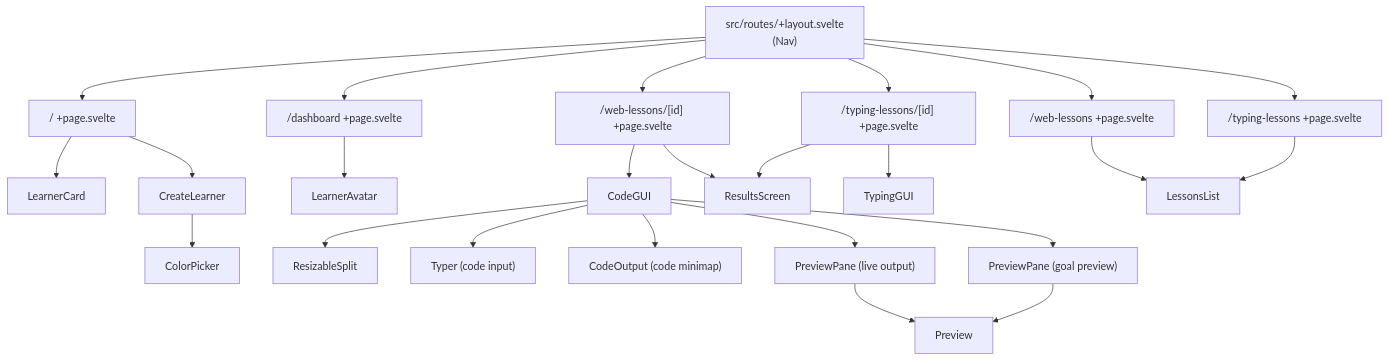
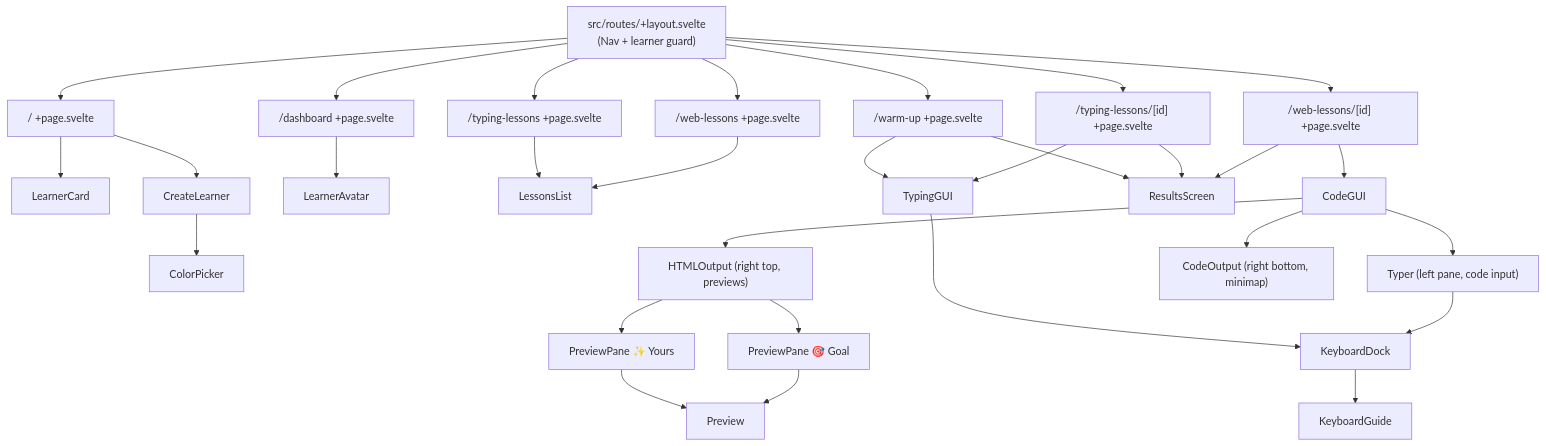
The diagram in docs/architecture/component-structure.md (jermbo/CosmicTyper), drawn with Mermaid before and after one commit. The commit also changed other lines of this file and 67 other files, not shown here.

````diff
--- a/docs/architecture/component-structure.md
+++ b/docs/architecture/component-structure.md
@@ -19,34 +19,40 @@
 ```mermaid
 graph TD
-    Layout["src/routes/+layout.svelte\n(Nav)"]
+    Layout["src/routes/+layout.svelte\n(Nav + learner guard)"]
 
     Layout --> Home["/ +page.svelte"]
     Layout --> Dashboard["/dashboard +page.svelte"]
     Layout --> WebList["/web-lessons +page.svelte"]
     Layout --> TypingList["/typing-lessons +page.svelte"]
     Layout --> WebLesson["/web-lessons/[id] +page.svelte"]
     Layout --> TypingLesson["/typing-lessons/[id] +page.svelte"]
+    Layout --> WarmUp["/warm-up +page.svelte"]
 
     Home --> LearnerCard
     Home --> CreateLearner
     CreateLearner --> ColorPicker
 
     Dashboard --> LearnerAvatar
 
+    WebList --> LessonsList
+    TypingList --> LessonsList
+
     WebLesson --> CodeGUI
     WebLesson --> ResultsScreen
-    CodeGUI --> ResizableSplit
-    CodeGUI --> Typer["Typer (code input)"]
-    CodeGUI --> CodeOutput["CodeOutput (code minimap)"]
-    CodeGUI --> PreviewPane["PreviewPane (live output)"]
-    CodeGUI --> PreviewPane2["PreviewPane (goal preview)"]
-    PreviewPane --> Preview
-    PreviewPane2 --> Preview
+    TypingLesson --> TypingGUI
+    TypingLesson --> ResultsScreen
+    WarmUp --> TypingGUI
+    WarmUp --> ResultsScreen
 
-    TypingLesson --> ResultsScreen
+    CodeGUI --> Typer["Typer (left pane, code input)"]
+    CodeGUI --> HTMLOutput["HTMLOutput (right top, previews)"]
+    CodeGUI --> CodeOutput["CodeOutput (right bottom, minimap)"]
+    HTMLOutput --> Goal["PreviewPane 🎯 Goal"]
+    HTMLOutput --> Yours["PreviewPane ✨ Yours"]
+    Goal --> Preview
+    Yours --> Preview
 
-    TypingLesson --> TypingGUI
-
-    WebList --> LessonsList
-    TypingList --> LessonsList
+    Typer --> KeyboardDock
+    TypingGUI --> KeyboardDock
+    KeyboardDock --> KeyboardGuide
 ```
````
